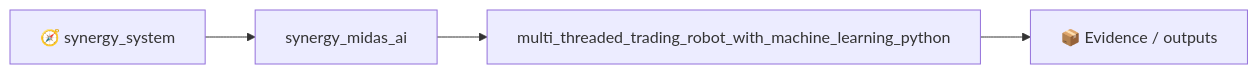
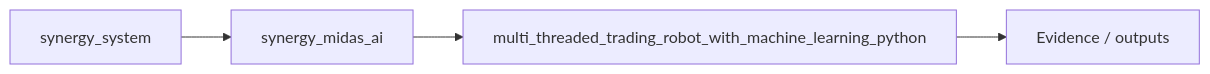
Before and after one commit to Shtenco/multi_threaded_trading_robot_with_machine_learning_python: the second of 3 diagrams in README.md, drawn with Mermaid. The commit also changed other lines of this file, not shown here.

````diff
--- a/README.md
+++ b/README.md
@@ -391,6 +391,6 @@
 ```mermaid
 flowchart LR
-    SYS[🧭 synergy_system] --> P[synergy_midas_ai]
+    SYS[ synergy_system] --> P[synergy_midas_ai]
     P --> THIS[multi_threaded_trading_robot_with_machine_learning_python]
-    THIS --> E[📦 Evidence / outputs]
+    THIS --> E[ Evidence / outputs]
 ```
````
